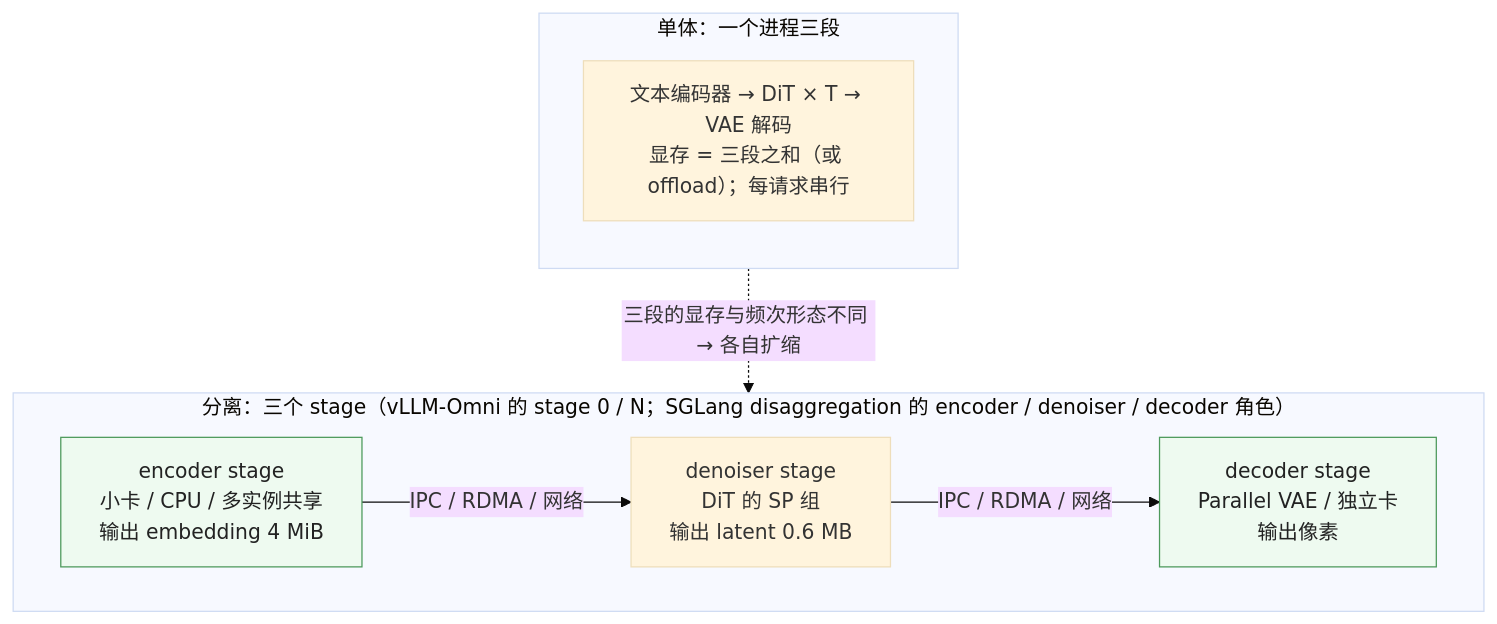
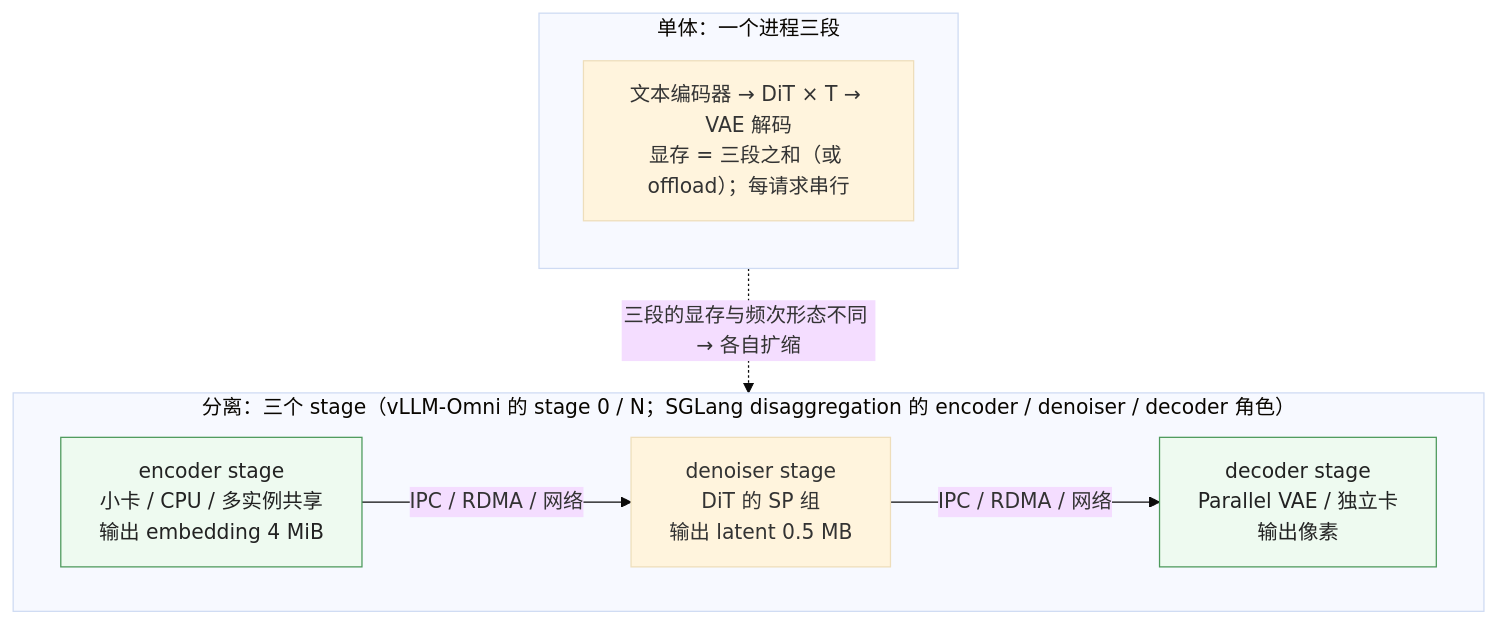
Before and after one commit to arganzheng/arganzheng.github.com: the second of 3 diagrams in _posts/2026-09-11-diffusion-serving-shapes-batching-disaggregation-and-cost.md, drawn with Mermaid (base theme). The commit also changed other lines of this file and 11 other files, not shown here.

````diff
--- a/_posts/2026-09-11-diffusion-serving-shapes-batching-disaggregation-and-cost.md
+++ b/_posts/2026-09-11-diffusion-serving-shapes-batching-disaggregation-and-cost.md
@@ -189,23 +208,23 @@
 ```mermaid
 %% 图：两种分离：单体一个进程跑三段，分离成 encoder / denoiser / decoder 三个 stage 各自扩缩
 flowchart TB
     subgraph MONO["单体：一个进程三段"]
         direction TB
         M["文本编码器 → DiT × T → VAE 解码
 显存 = 三段之和（或 offload）；每请求串行"]
     end
     subgraph DIS["分离：三个 stage（vLLM-Omni 的 stage 0 / N；SGLang disaggregation 的 encoder / denoiser / decoder 角色）"]
         direction LR
         E["encoder stage
 小卡 / CPU / 多实例共享
 输出 embedding 4 MiB"] -- "IPC / RDMA / 网络" --> D["denoiser stage
 DiT 的 SP 组
-输出 latent 0.6 MB"] -- "IPC / RDMA / 网络" --> V["decoder stage
+输出 latent 0.5 MB"] -- "IPC / RDMA / 网络" --> V["decoder stage
 Parallel VAE / 独立卡
 输出像素"]
     end
     MONO -. "三段的显存与频次形态不同 → 各自扩缩" .-> DIS
 
     classDef s fill:#eefaf0,stroke:#4d9a5c,color:#222
     class E,V s
 ```
````
